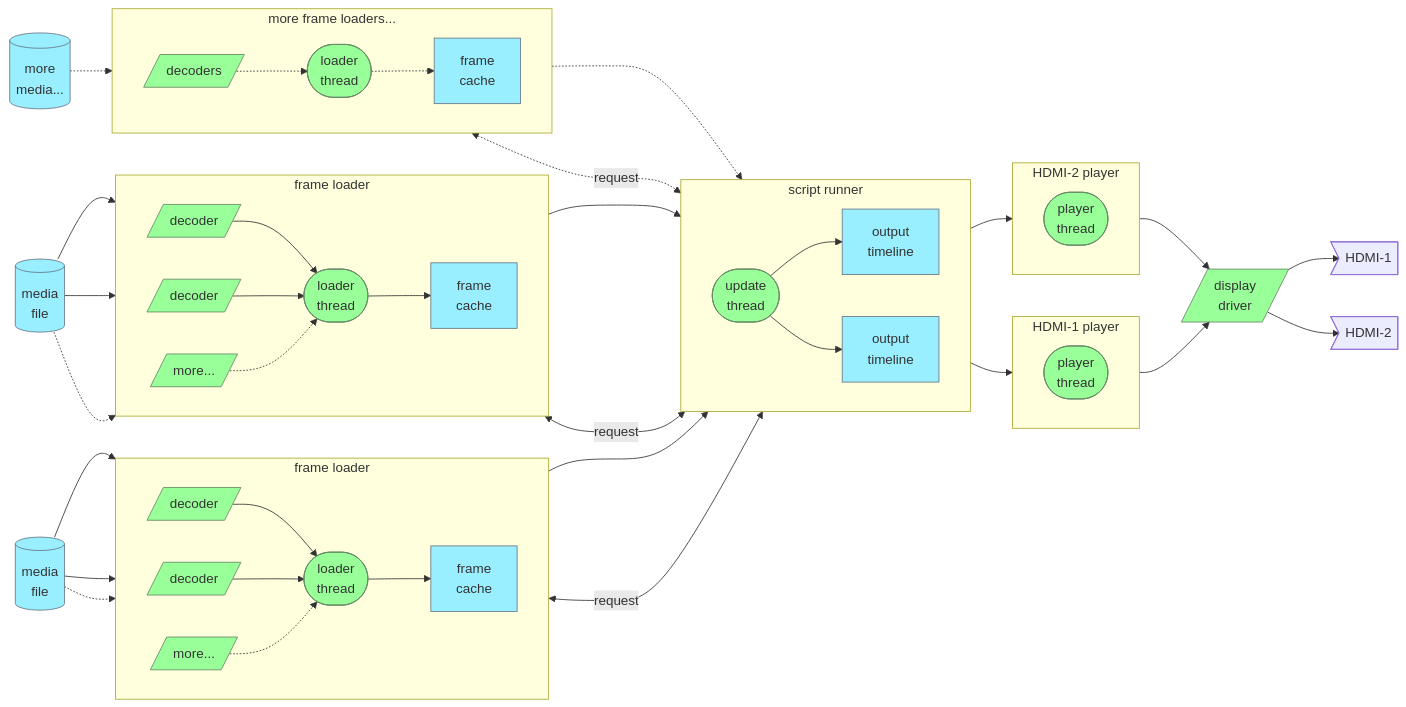
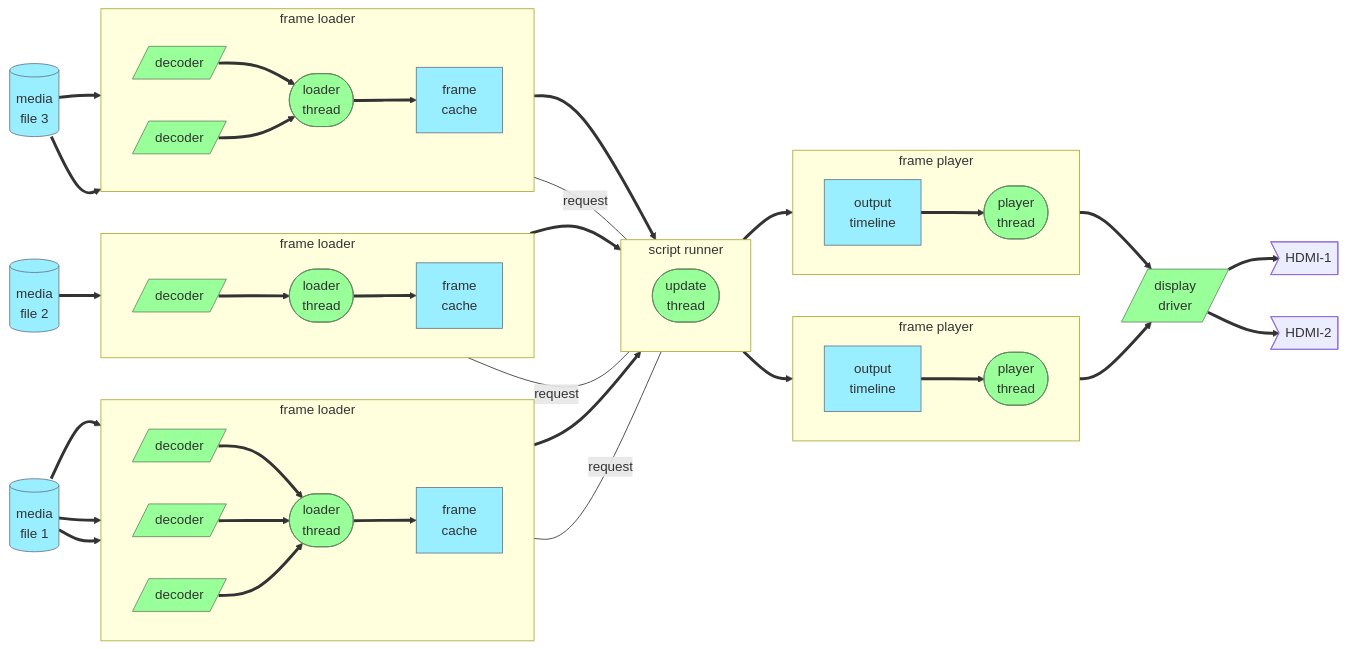
The diagram in doc/architecture.md (egnor/pivid), drawn with Mermaid before and after one commit.

````diff
--- a/doc/architecture.md
+++ b/doc/architecture.md
@@ -3,57 +3,54 @@
 ```mermaid
 flowchart LR
-  media_1[(media\nfile)] --> decoder_1a & decoder_1b;
-  media_2[(media\nfile)] --> decoder_2a & decoder_2b;
-  media_1 -.-> decoder_1z;
-  media_2 -.-> decoder_2z;
-  media_z[(more\nmedia...)] -.-> decoder_z;
+  media_1[(media\nfile 1)] ==> decoder_1a & decoder_1b & decoder_1c;
+  media_2[(media\nfile 2)] ==> decoder_2;
+  media_3[(media\nfile 3)] ==> decoder_3a & decoder_3b;
 
   subgraph loader_sub_1 [frame loader]
     direction LR;
-    decoder_1a[/decoder/] & decoder_1b[/decoder/] --> loader_1;
-    decoder_1z[/more.../] -.-> loader_1;
-    loader_1([loader\nthread]) --> cache_1[frame\ncache];
+    decoder_1a[/decoder/] & decoder_1b[/decoder/] & decoder_1c[/decoder/] ==> loader_1;
+    loader_1([loader\nthread]) ==> cache_1[frame\ncache];
   end
 
   subgraph loader_sub_2 [frame loader]
     direction LR;
-    decoder_2a[/decoder/] & decoder_2b[/decoder/] --> loader_2;
-    decoder_2z[/more.../] -.-> loader_2;
-    loader_2([loader\nthread]) --> cache_2[frame\ncache];
+    decoder_2[/decoder/] ==> loader_2;
+    loader_2([loader\nthread]) ==> cache_2[frame\ncache];
   end
   
-  subgraph loader_sub_z [more frame loaders...]
+  subgraph loader_sub_3 [frame loader]
     direction LR;
-    decoder_z[/decoders/] -.-> loader_z;
-    loader_z([loader\nthread]) -.-> cache_z[frame\ncache];
+    decoder_3a[/decoder/] & decoder_3b[/decoder/] ==> loader_3;
+    loader_3([loader\nthread]) ==> cache_3[frame\ncache];
   end
   
   subgraph runner_sub [script runner]
-    direction LR;
-    cache_1 & cache_2 --> updater([update\nthread]);
-    cache_z -.-> updater;
-    updater --> timeline_1[output\ntimeline] & timeline_2[output\ntimeline];
-    loader_1 & loader_2 <--->|request| updater;
-    loader_z <-..->|request| updater;
+    direction RL;
+    %% server[/web\nserver/] -->|script| updater([update\nthread]);
+    cache_1 & cache_2 & cache_3 ==> updater([update\nthread]);
   end
   
-  subgraph player_sub_1 [HDMI-1 player]
+  %% loader_sub_1 & loader_2 & loader_3 ---|request| updater;
+  loader_sub_1 & loader_sub_2 & loader_sub_3 ---|request| updater;
+  %% app((user app\nclient)) -->|HTTP| server;
+  
+  subgraph player_sub_1 [frame player]
     direction LR;
-    timeline_1 --> player_1([player\nthread]);
+    updater ==> timeline_1[output\ntimeline] ==> player_1([player\nthread]);
   end
   
-  subgraph player_sub_2 [HDMI-2 player]
+  subgraph player_sub_2 [frame player]
     direction LR;
-    timeline_2 --> player_2([player\nthread]);
+    updater ==> timeline_2[output\ntimeline] ==> player_2([player\nthread]);
   end
   
-  player_1 & player_2 --> driver[/display\ndriver/];
-  driver --> hdmi_1>HDMI-1] & hdmi_2>HDMI-2];
+  player_1 & player_2 ==> driver[/display\ndriver/];
+  driver ==> hdmi_1>HDMI-1] & hdmi_2>HDMI-2];
   
   classDef storage fill:#9ef,stroke:#678;
-  class media_1,media_2,media_z,cache_1,cache_2,cache_z,timeline_1,timeline_2 storage;
+  class media_1,media_2,media_3,cache_1,cache_2,cache_3,timeline_1,timeline_2 storage;
   
   classDef action fill:#9f9,stroke:#686;
-  class loader_1,loader_2,loader_z,updater,player_1,player_2 action;
-  class decoder_1a,decoder_1b,decoder_1z,decoder_2a,decoder_2b,decoder_2z,decoder_z,driver action;
+  class server,loader_1,loader_2,loader_3,updater,player_1,player_2 action;
+  class decoder_1a,decoder_1b,decoder_1c,decoder_2,decoder_3a,decoder_3b,driver action;
 ```
````
